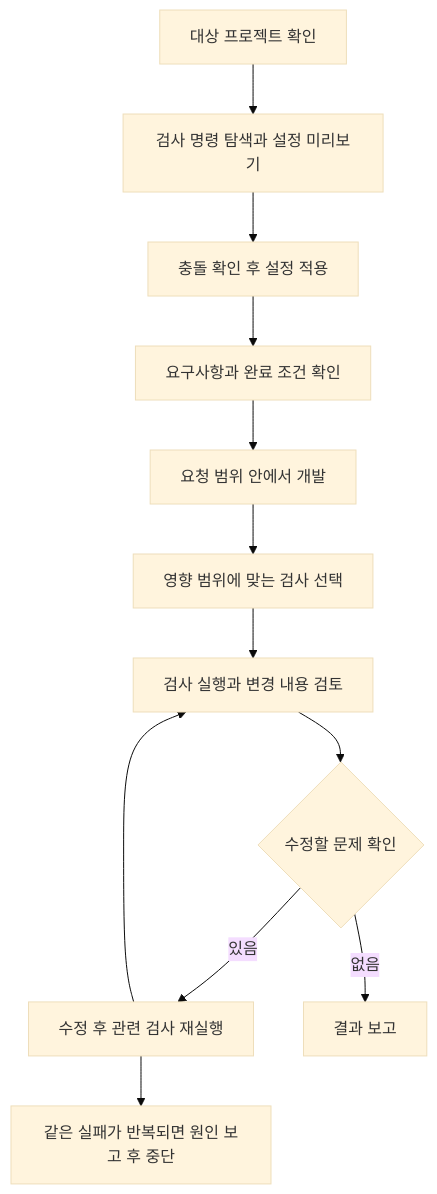
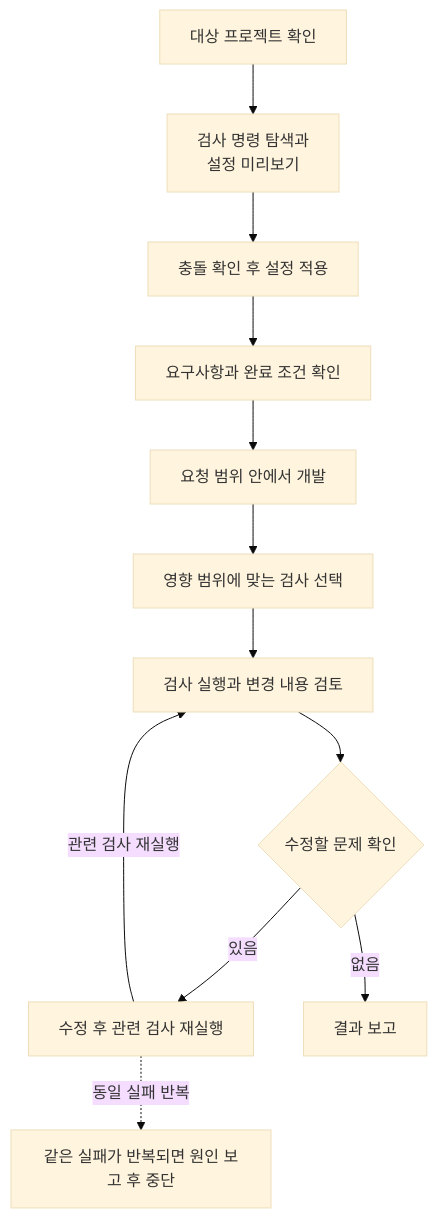
Before and after one commit to KimHG1995/work-history: the diagram in projects/ai-development-setup/codex-quality.md, drawn with Mermaid (base theme). The commit also changed 18 other files, not shown here.

Commit message:
docs: 공개 Mermaid 다이어그램 가독성 전수 개선

````diff
--- a/projects/ai-development-setup/codex-quality.md
+++ b/projects/ai-development-setup/codex-quality.md
@@ -71,14 +71,14 @@
 ```mermaid
 flowchart TD
-    target["대상 프로젝트 확인"] --> detect["검사 명령 탐색과 설정 미리보기"]
+    target["대상 프로젝트 확인"] --> detect["검사 명령 탐색과<br/>설정 미리보기"]
     detect --> apply["충돌 확인 후 설정 적용"]
     apply --> task["요구사항과 완료 조건 확인"]
     task --> implement["요청 범위 안에서 개발"]
     implement --> plan["영향 범위에 맞는 검사 선택"]
     plan --> run["검사 실행과 변경 내용 검토"]
     run --> decision{"수정할 문제 확인"}
     decision -->|있음| fix["수정 후 관련 검사 재실행"]
-    fix --> run
+    fix -->|관련 검사 재실행| run
     decision -->|없음| report["결과 보고"]
-    fix --> blocked["같은 실패가 반복되면 원인 보고 후 중단"]
+    fix -.->|동일 실패 반복| blocked["같은 실패가 반복되면 원인 보고 후 중단"]
 ```
````
